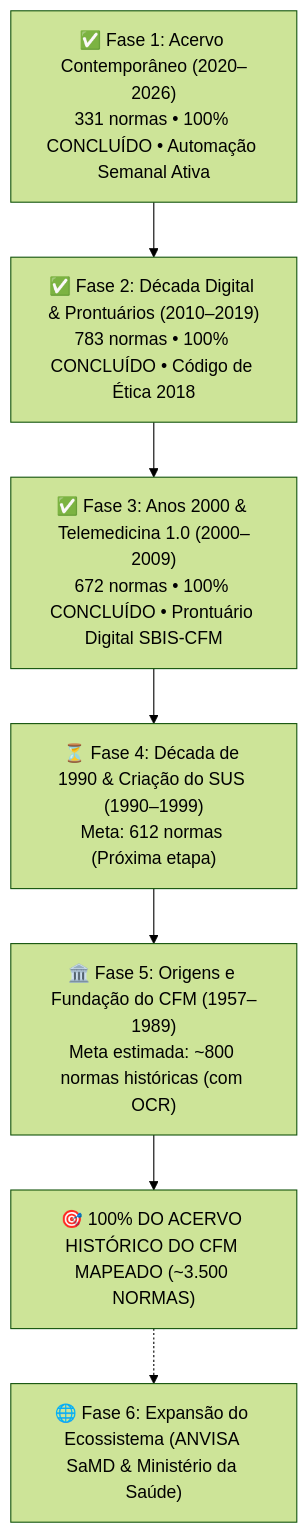
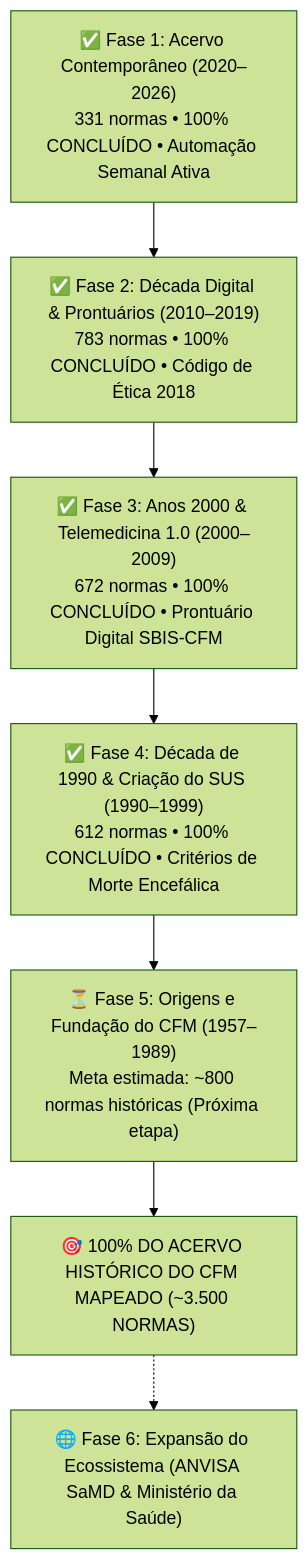
Before and after one commit to md-augustolinhares/cfm-normas: the first of 2 diagrams in README.md, drawn with Mermaid (forest theme). The commit also changed other lines of this file and 621 other files, not shown here.

Commit message:
feat(acervo): concluir Fase 4 do roadmap (1990-1999) totalizando 2.399 normas

````diff
--- a/README.md
+++ b/README.md
@@ -63,9 +63,9 @@
 ```mermaid
 flowchart TD
     Fase1["✅ Fase 1: Acervo Contemporâneo (2020–2026)<br/>331 normas • 100% CONCLUÍDO • Automação Semanal Ativa"] --> Fase2["✅ Fase 2: Década Digital & Prontuários (2010–2019)<br/>783 normas • 100% CONCLUÍDO • Código de Ética 2018"]
     Fase2 --> Fase3["✅ Fase 3: Anos 2000 & Telemedicina 1.0 (2000–2009)<br/>672 normas • 100% CONCLUÍDO • Prontuário Digital SBIS-CFM"]
-    Fase3 --> Fase4["⏳ Fase 4: Década de 1990 & Criação do SUS (1990–1999)<br/>Meta: 612 normas (Próxima etapa)"]
-    Fase4 --> Fase5["🏛️ Fase 5: Origens e Fundação do CFM (1957–1989)<br/>Meta estimada: ~800 normas históricas (com OCR)"]
+    Fase3 --> Fase4["✅ Fase 4: Década de 1990 & Criação do SUS (1990–1999)<br/>612 normas • 100% CONCLUÍDO • Critérios de Morte Encefálica"]
+    Fase4 --> Fase5["⏳ Fase 5: Origens e Fundação do CFM (1957–1989)<br/>Meta estimada: ~800 normas históricas (Próxima etapa)"]
     Fase5 --> MetaFinal["🎯 100% DO ACERVO HISTÓRICO DO CFM MAPEADO (~3.500 NORMAS)"]
     MetaFinal -.-> Fase6["🌐 Fase 6: Expansão do Ecossistema (ANVISA SaMD & Ministério da Saúde)"]
 ```
````
